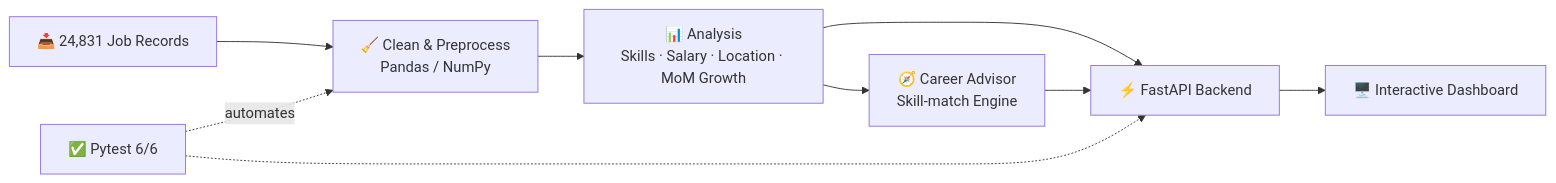
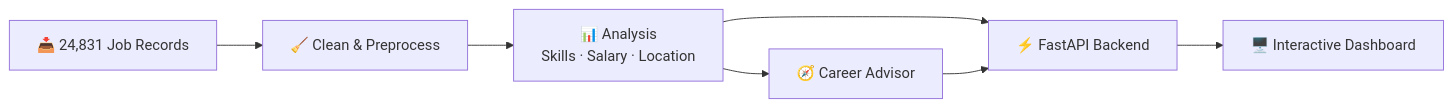
Before and after one commit to SrijaGaddam05/SrijaGaddam05: the second of 4 diagrams in README.md, drawn with Mermaid. The commit also changed other lines of this file, not shown here.

````diff
--- a/README.md
+++ b/README.md
@@ -140,11 +101,9 @@
 ```mermaid
 flowchart LR
-    A[📥 24,831 Job Records] --> B[🧹 Clean & Preprocess<br/>Pandas / NumPy]
-    B --> C[📊 Analysis<br/>Skills · Salary · Location · MoM Growth]
-    C --> D[🧭 Career Advisor<br/>Skill-match Engine]
+    A[📥 24,831 Job Records] --> B[🧹 Clean & Preprocess]
+    B --> C[📊 Analysis<br/>Skills · Salary · Location]
+    C --> D[🧭 Career Advisor]
     C --> E[⚡ FastAPI Backend]
     D --> E
     E --> F[🖥️ Interactive Dashboard]
-    G[✅ Pytest 6/6] -.automates.-> B
-    G -.-> E
 ```
````
